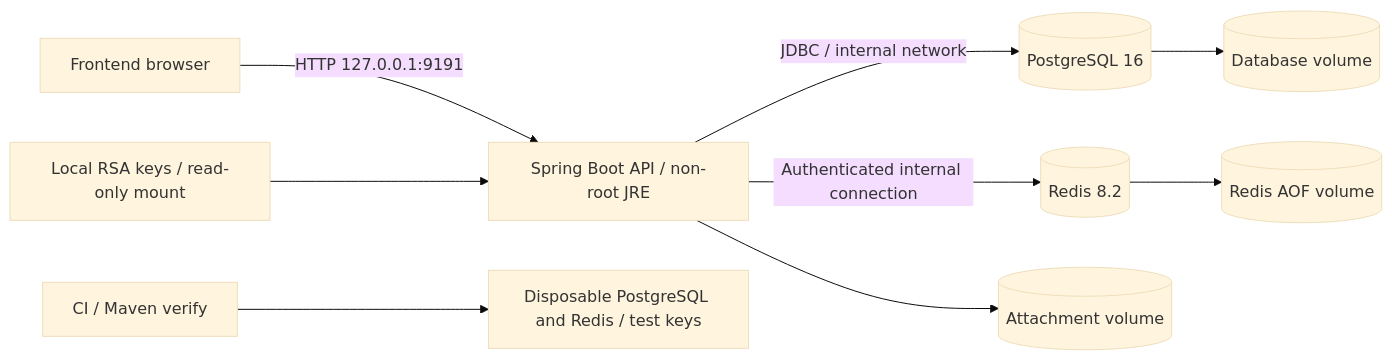
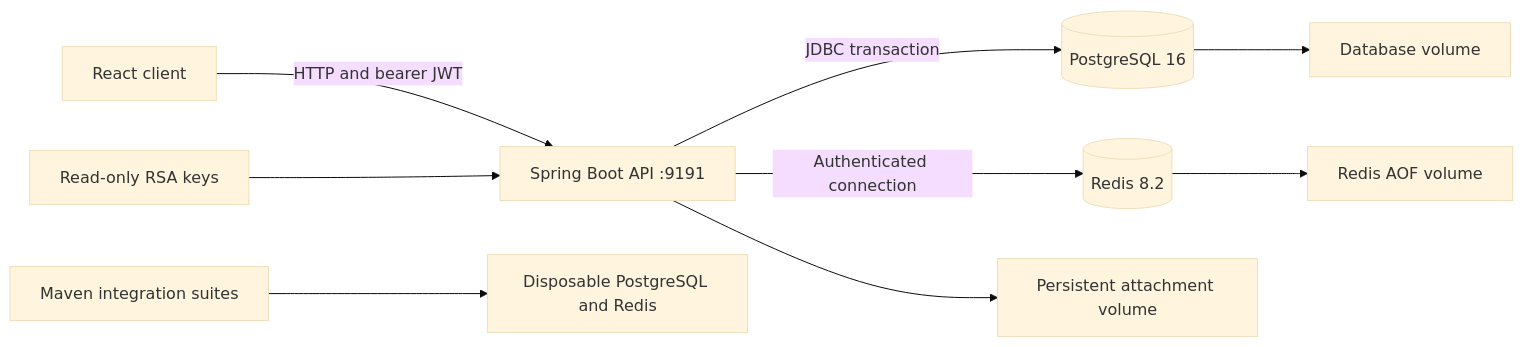
The diagram in docs/architecture/readme.md (Code-EJ/irr-backend), drawn with Mermaid (base theme) before and after one commit. The commit also changed other lines of this file and 28 other files, not shown here.

Commit message:
docs(architecture): close final backend contract and recovery gates

```diff
--- a/docs/architecture/readme.md
+++ b/docs/architecture/readme.md
@@ -9,11 +9,11 @@
 ~~~mermaid
 flowchart LR
-    Browser[Frontend browser] -->|HTTP 127.0.0.1:9191| API[Spring Boot API / non-root JRE]
-    API -->|JDBC / internal network| DB[(PostgreSQL 16)]
-    DB --> Data[(Database volume)]
-    API -->|Authenticated internal connection| Redis[(Redis 8.2)]
-    Redis --> RedisData[(Redis AOF volume)]
-    API --> Uploads[(Attachment volume)]
-    Keys[Local RSA keys / read-only mount] --> API
-    CI[CI / Maven verify] --> Tests[Disposable PostgreSQL and Redis / test keys]
+    Browser[React client] -->|HTTP and bearer JWT| API[Spring Boot API :9191]
+    API -->|JDBC transaction| DB[(PostgreSQL 16)]
+    API -->|Authenticated connection| Redis[(Redis 8.2)]
+    API --> Uploads[Persistent attachment volume]
+    Keys[Read-only RSA keys] --> API
+    DB --> DBVolume[Database volume]
+    Redis --> AOF[Redis AOF volume]
+    Tests[Maven integration suites] --> Ephemeral[Disposable PostgreSQL and Redis]
 ~~~
```
